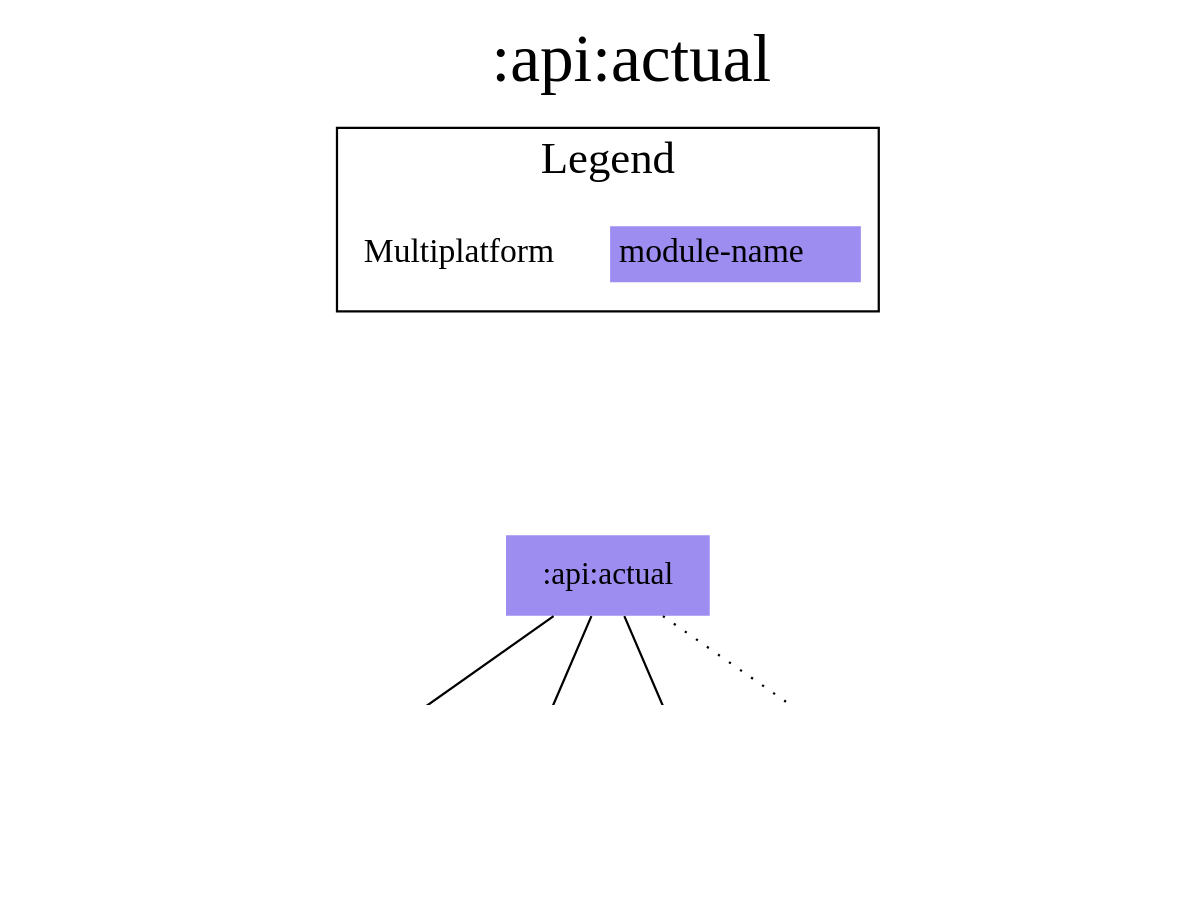
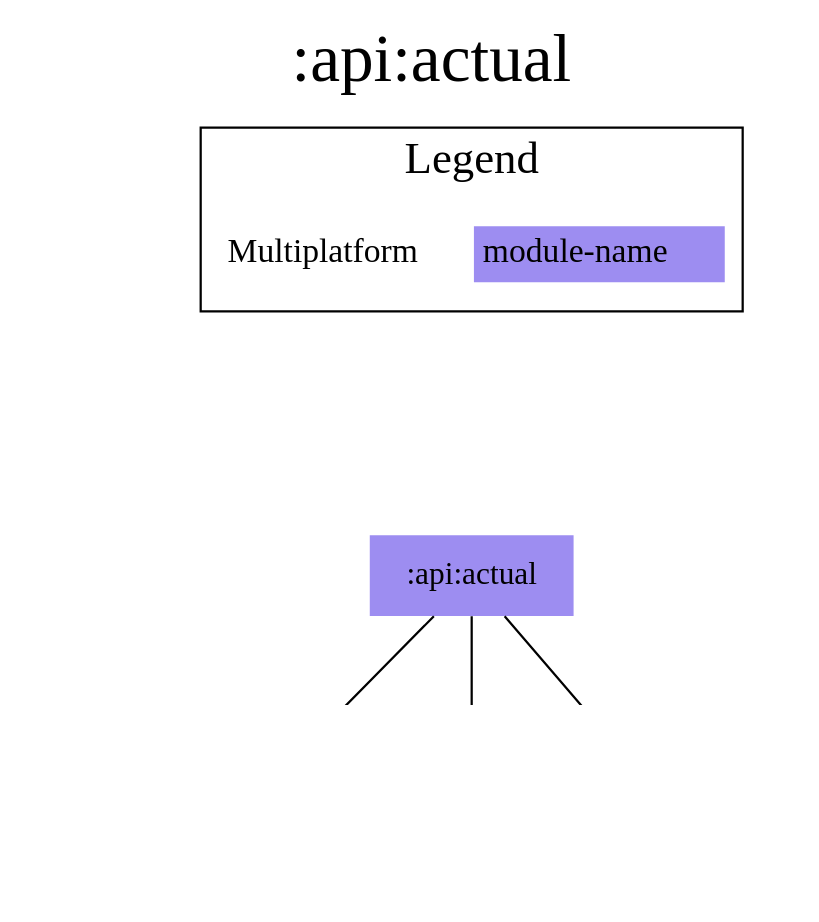
Before and after one commit to jonapoul/aktual: the diagram in modules/api/actual/project-dependency-graph.dot, drawn with Graphviz. The commit also changed 133 other files, not shown here.

```diff
--- a/modules/api/actual/project-dependency-graph.dot
+++ b/modules/api/actual/project-dependency-graph.dot
@@ -1,27 +1,25 @@
 digraph {
 edge ["dir"="forward"]
 graph ["dpi"="100","label"=":api:actual","labelloc"="t","fontsize"="30","ranksep"="1.5","rankdir"="TB"]
 node ["style"="filled"]
+":account:model" ["fillcolor"="#9D8DF1","shape"="none"]
 ":api:actual" ["fillcolor"="#9D8DF1","shape"="none"]
-":account:model" ["fillcolor"="#9D8DF1","shape"="none"]
 ":budget:model" ["fillcolor"="#9D8DF1","shape"="none"]
 ":url:model" ["fillcolor"="#9D8DF1","shape"="none"]
-":codegen:annotation" ["fillcolor"="#9D8DF1","shape"="none"]
 {
 edge ["dir"="none"]
 graph ["rank"="same"]
 }
 ":api:actual" -> ":account:model"
 ":api:actual" -> ":budget:model"
-":api:actual" -> ":codegen:annotation" ["style"="dotted"]
 ":api:actual" -> ":url:model"
 subgraph "cluster_legend" {
 edge ["dir"="none"]
 graph ["label"="Legend","fontsize"="20"]
 "Legend" ["style"="filled","fillcolor"="#FFFFFF","shape"="none","margin"="0","fontsize"="15","label"=<
 <TABLE BORDER="0" CELLBORDER="0" CELLSPACING="0" CELLPADDING="4">
 <TR><TD>Multiplatform</TD><TD BGCOLOR="#9D8DF1">module-name</TD></TR>
 </TABLE>
 >]
 } -> ":api:actual" ["style"="invis"]
 }
```
